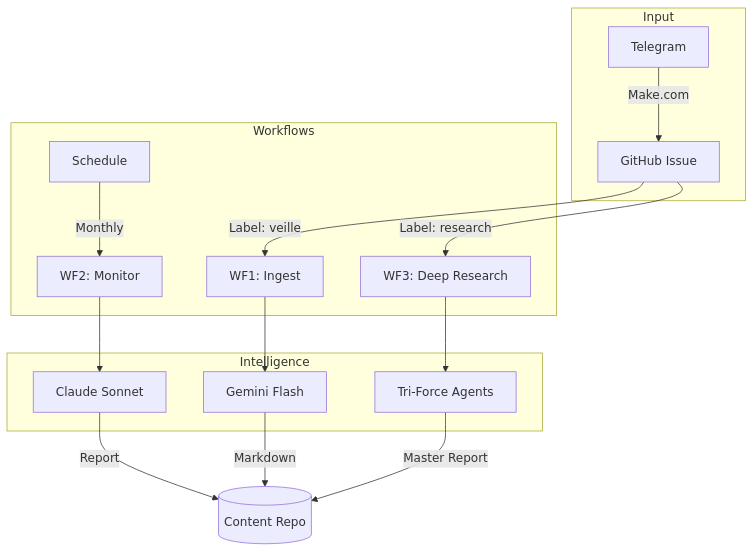
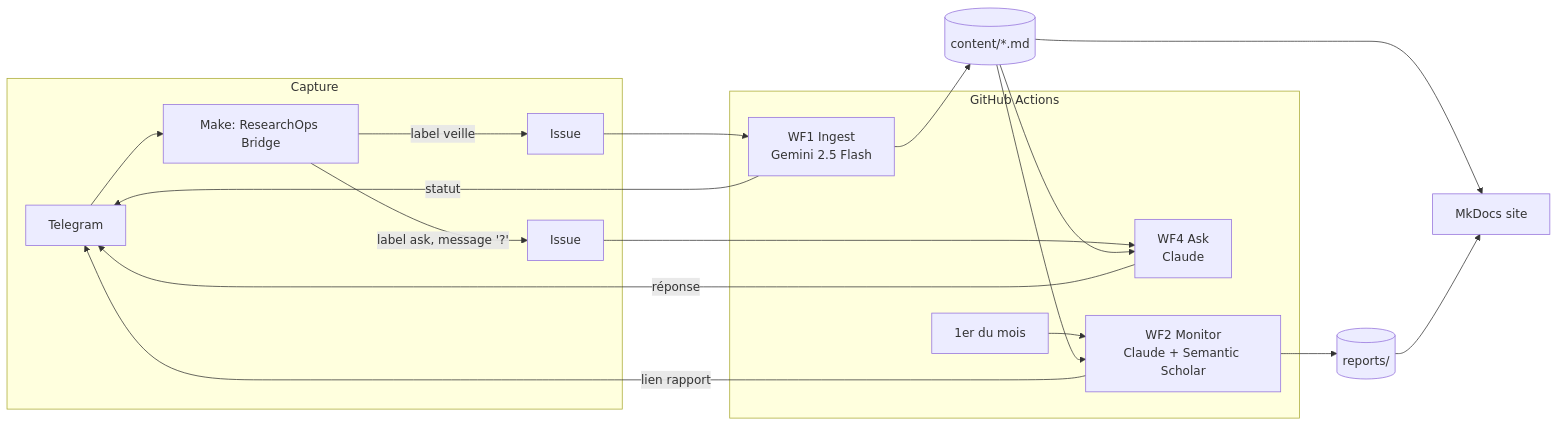
Before and after one commit to yajeddig/ResearchOps: the diagram in README.md, drawn with Mermaid. The commit also changed other lines of this file and 43 other files, not shown here.

First line of the commit message:
ResearchOps v1.2: simplify to core workflows, add WF4 Ask, build site (#131)

````diff
--- a/README.md
+++ b/README.md
@@ -17,22 +20,20 @@
 ```mermaid
-graph TB
-    subgraph "Input"
-        TG[Telegram] -->|Make.com| GH[GitHub Issue]
+graph LR
+    subgraph Capture
+        TG[Telegram] --> MK[Make: ResearchOps Bridge]
+        MK -->|label veille| I1[Issue]
+        MK -->|label ask, message '?'| I2[Issue]
     end
-
-    subgraph "Workflows"
-        GH -->|Label: veille| WF1[WF1: Ingest]
-        GH -->|Label: research| WF3[WF3: Deep Research]
-        CRON[Schedule] -->|Monthly| WF2[WF2: Monitor]
+    subgraph "GitHub Actions"
+        I1 --> WF1[WF1 Ingest<br/>Gemini 2.5 Flash]
+        I2 --> WF4[WF4 Ask<br/>Claude]
+        CRON[1er du mois] --> WF2[WF2 Monitor<br/>Claude + Semantic Scholar]
     end
-
-    subgraph "Intelligence"
-        WF1 --> GEM[Gemini Flash]
-        WF2 --> CLAUDE[Claude Sonnet]
-        WF3 --> TRI[Tri-Force Agents]
-    end
-
-    GEM -->|Markdown| REPO[(Content Repo)]
-    CLAUDE -->|Report| REPO
-    TRI -->|Master Report| REPO
+    WF1 --> C[(content/*.md)]
+    C --> WF2 --> R[(reports/)]
+    C --> WF4 -->|réponse| TG
+    C --> SITE[MkDocs site]
+    R --> SITE
+    WF1 -->|statut| TG
+    WF2 -->|lien rapport| TG
 ```
````
